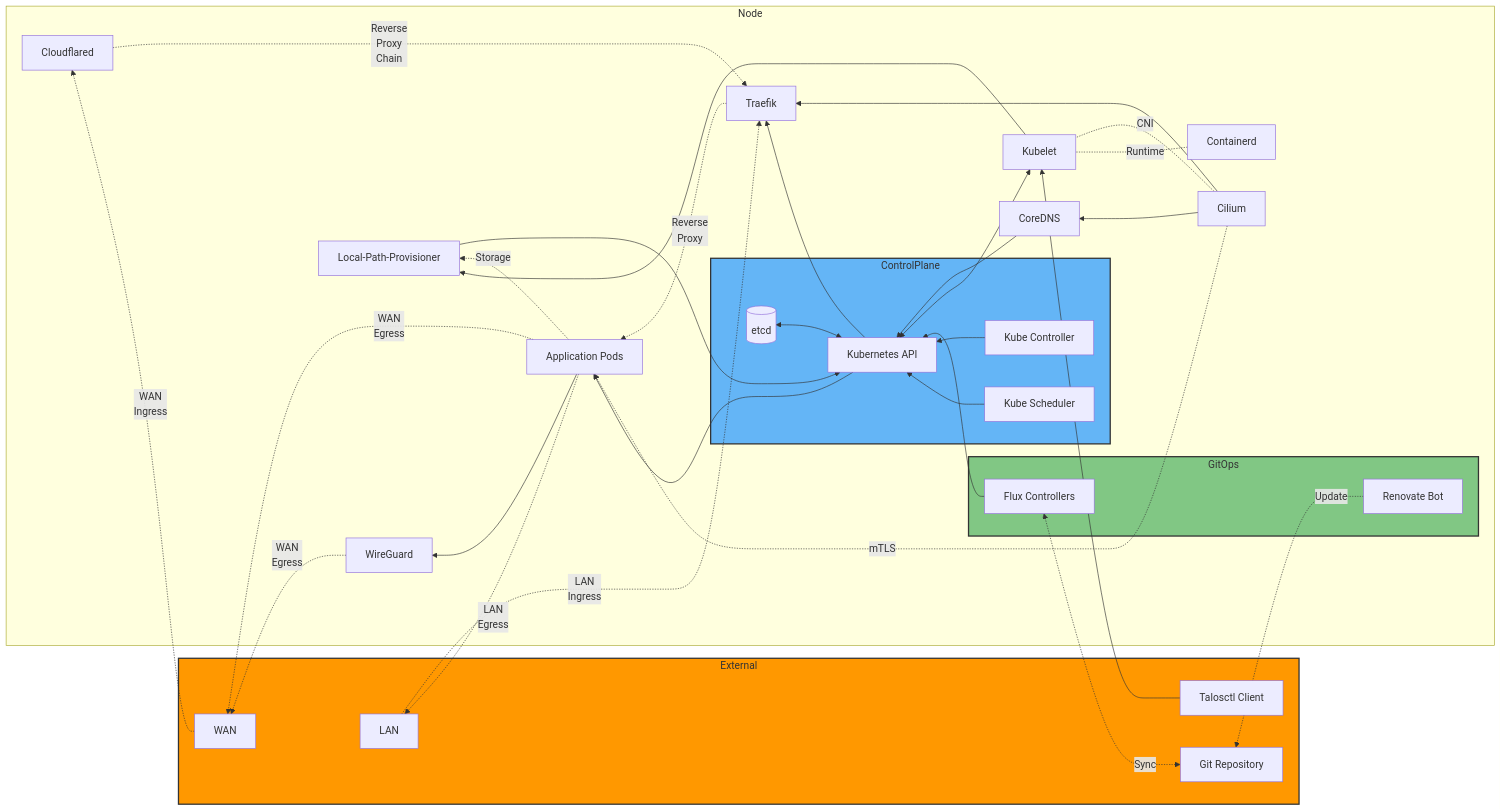
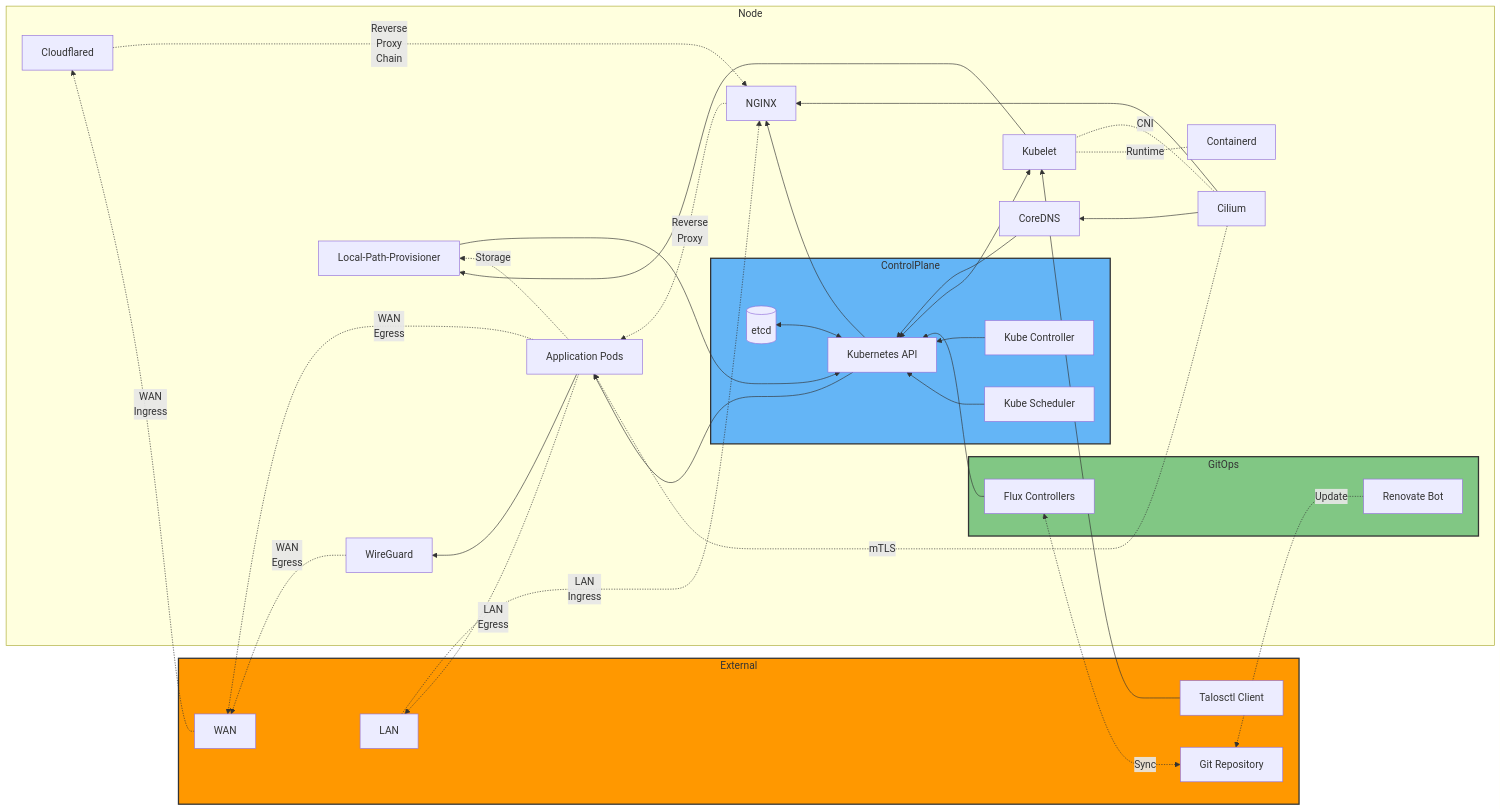
One commit to 0x4272616E646F6E/homelab changed the diagram in README.md. Above: the diagram before and after it, drawn with Mermaid. The commit also changed 2 other files, not shown here.

Commit message:
fix: increase nginx client_max_body_size for sonarqube uploads

````diff
--- a/README.md
+++ b/README.md
@@ -49,72 +49,72 @@
 ```mermaid
 flowchart RL
   %% External
   subgraph External
     GIT[Git Repository]
     USER[Talosctl Client]
     LOCALNET[LAN]
     NET[WAN]
   end
 
   %% Node
   subgraph Node
     subgraph ControlPlane
       APIS[Kubernetes API]
       ETCD[(etcd)]
       SCHED[Kube Scheduler]
       KCM[Kube Controller]
     end
     
     KUBE[Kubelet]
     CRI[Containerd]
     CIL[Cilium]
     DNS[CoreDNS]
-    TRF[Traefik]
+    NGX[NGINX]
     CFD[Cloudflared]
     WRG[WireGuard]
     LPP[Local-Path-Provisioner]
     APP[Application Pods]
     
     subgraph GitOps
       FLUX[Flux Controllers]
       REN[Renovate Bot]
     end
   end
 
   APIS <--> ETCD
   SCHED --> APIS
   KCM --> APIS
 
   GIT <-. Sync .-> FLUX
   REN -. Update .-> GIT
   FLUX --> APIS
 
   KUBE <--> APIS
   CRI -. Runtime .- KUBE
   CIL -. CNI .- KUBE
   DNS --> APIS
-  APIS --> TRF
-  CFD -. Reverse<br>Proxy<br>Chain .-> TRF
+  APIS --> NGX
+  CFD -. Reverse<br>Proxy<br>Chain .-> NGX
   NET -. WAN<br>Ingress .-> CFD
-  LOCALNET -. LAN<br>Ingress .-> TRF
+  LOCALNET -. LAN<br>Ingress .-> NGX
   CIL --> DNS
-  CIL --> TRF
+  CIL --> NGX
   WRG -. WAN<br>Egress .-> NET
   LPP --> APIS
   KUBE --> LPP
   APIS --> APP
   CIL -. mTLS .-> APP
-  TRF -. Reverse<br>Proxy .-> APP
+  NGX -. Reverse<br>Proxy .-> APP
   APP -. Storage .-> LPP
   APP -. LAN<br>Egress .-> LOCALNET
   APP -. WAN<br>Egress .-> NET
   APP --> WRG
 
   %% Talos management
   USER --> KUBE
   
   %% Styling
   style External fill:#ff9800,stroke:#333,stroke-width:2px
   style ControlPlane fill:#64b5f6,stroke:#333,stroke-width:2px
   style GitOps fill:#81c784,stroke:#333,stroke-width:2px
 ```
````
